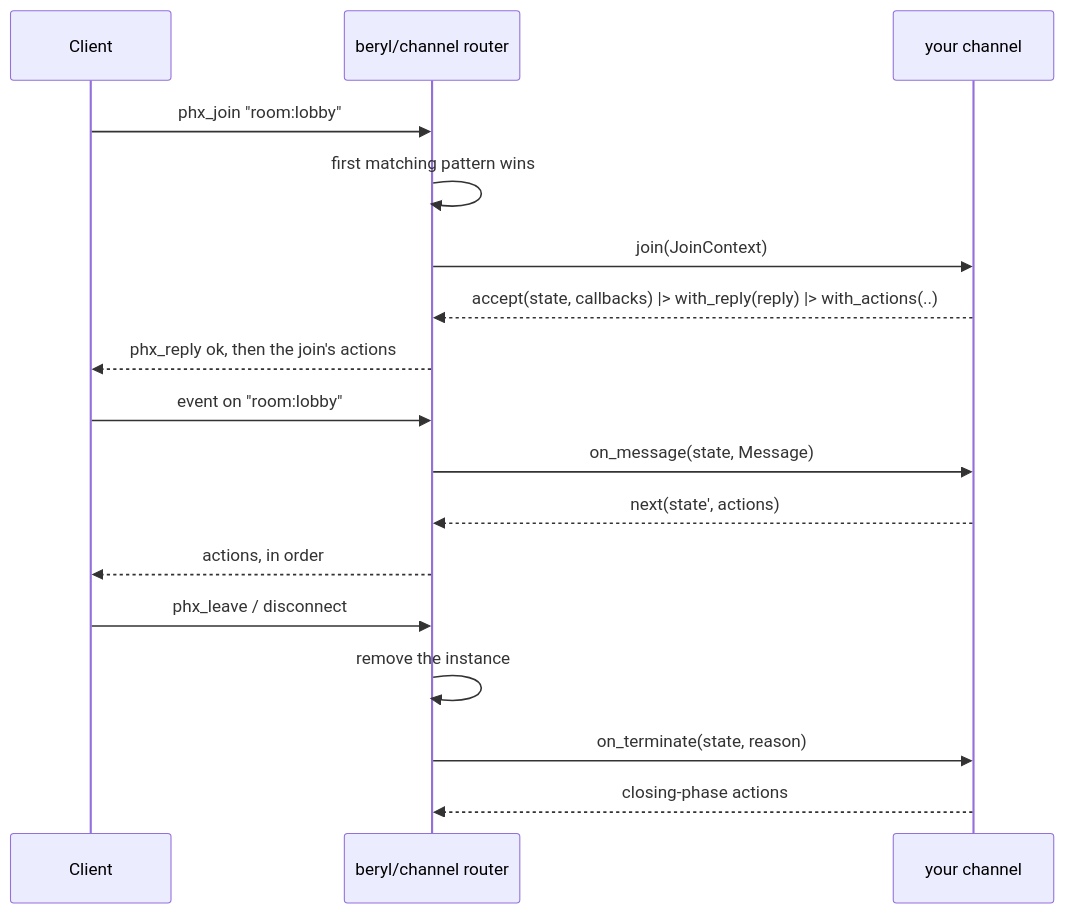
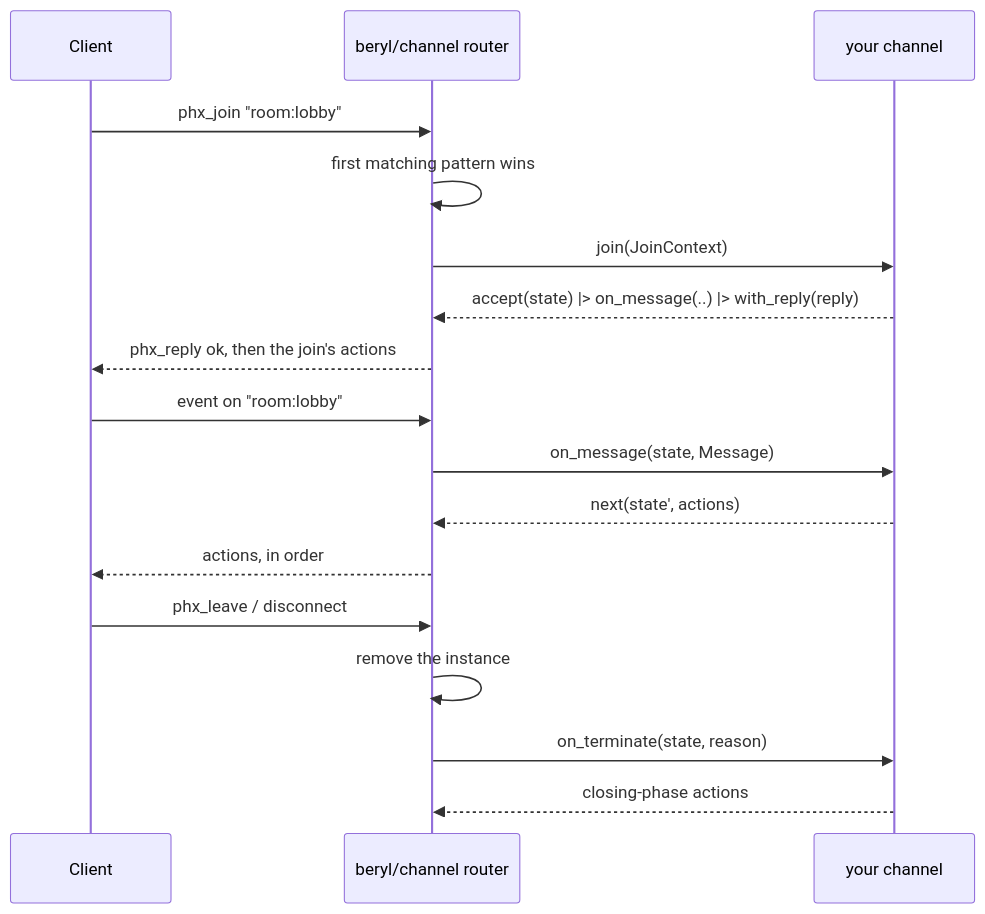
The diagram in website/src/content/docs/guides/channels.md (tylerbutler/beryl), drawn with Mermaid before and after one commit. The commit also changed other lines of this file and 48 other files, not shown here.

````diff
--- a/website/src/content/docs/guides/channels.md
+++ b/website/src/content/docs/guides/channels.md
@@ -465,19 +459,19 @@
 ```mermaid
 sequenceDiagram
   participant Client
   participant Router as beryl/channel router
   participant Ch as your channel
   Client->>Router: phx_join "room:lobby"
   Router->>Router: first matching pattern wins
   Router->>Ch: join(JoinContext)
-  Ch-->>Router: accept(state, callbacks) |> with_reply(reply) |> with_actions(..)
+  Ch-->>Router: accept(state) |> on_message(..) |> with_reply(reply)
   Router-->>Client: phx_reply ok, then the join's actions
   Client->>Router: event on "room:lobby"
   Router->>Ch: on_message(state, Message)
   Ch-->>Router: next(state', actions)
   Router-->>Client: actions, in order
   Client->>Router: phx_leave / disconnect
   Router->>Router: remove the instance
   Router->>Ch: on_terminate(state, reason)
   Ch-->>Router: closing-phase actions
 ```
````
